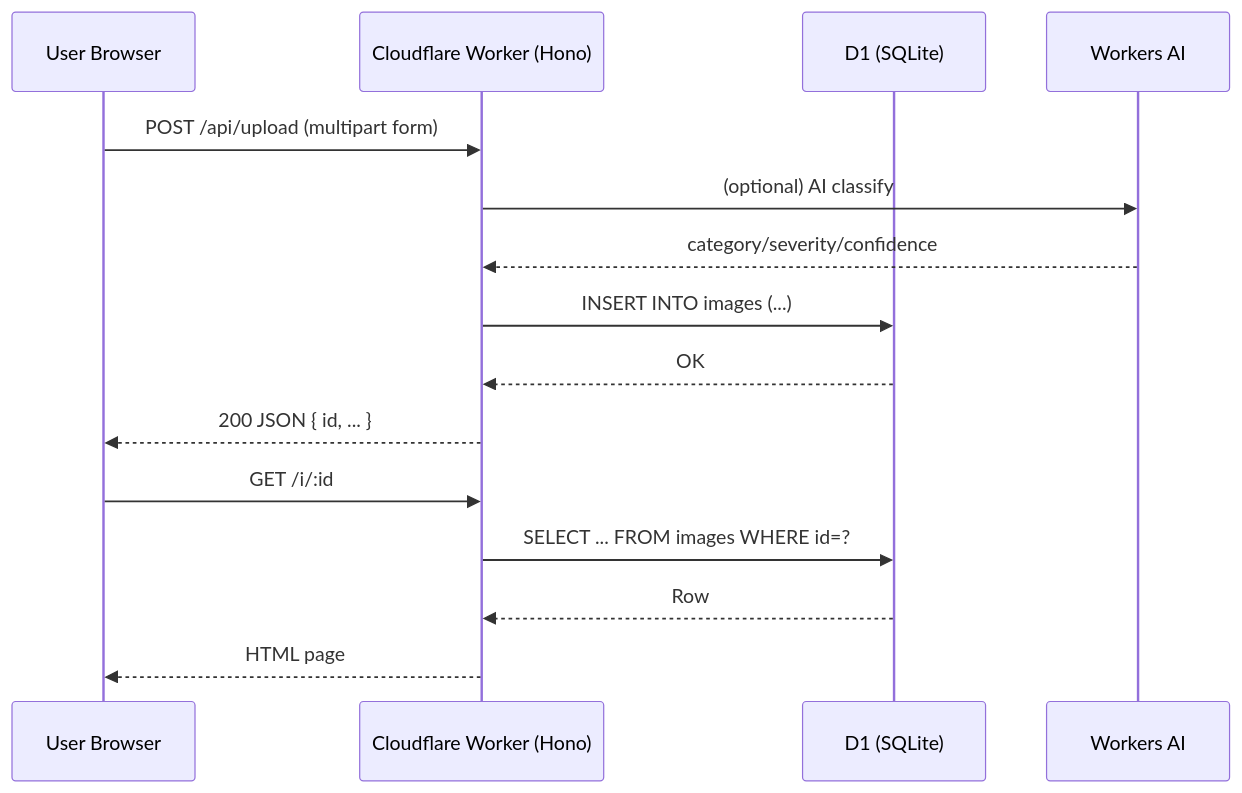
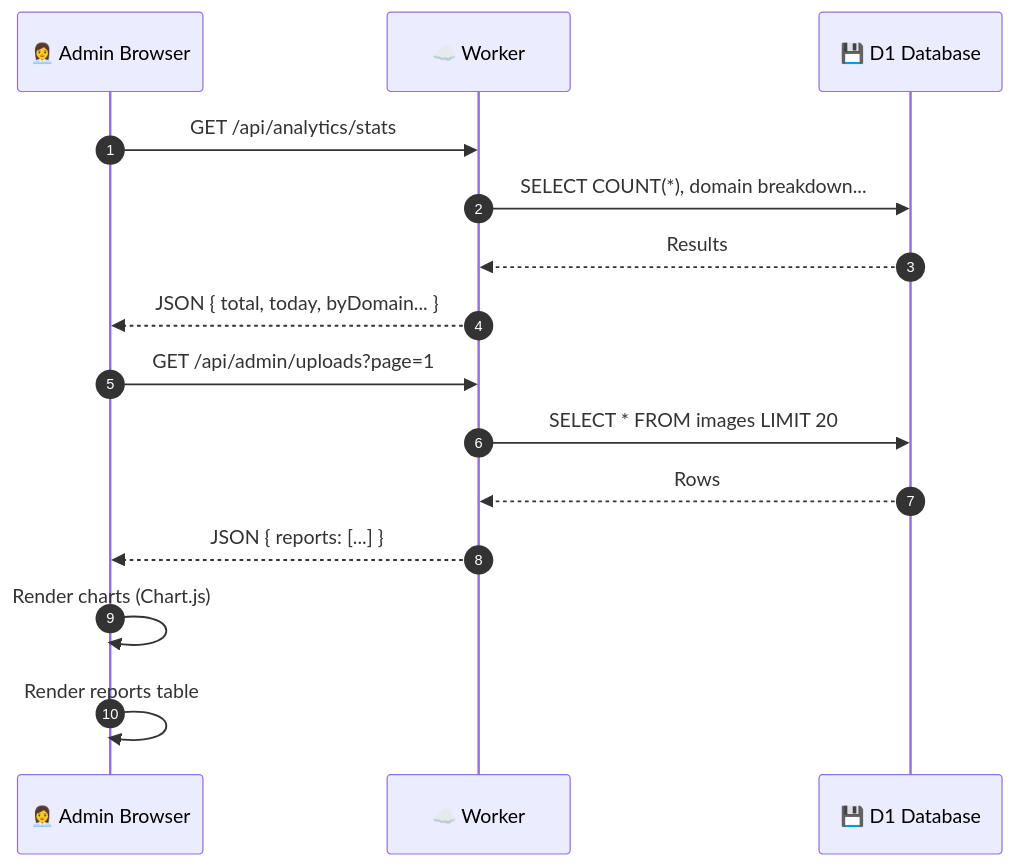
One commit to iamask/city changed the third of 3 diagrams in README.md. Above: the diagram before and after it, drawn with Mermaid. The commit also changed other lines of this file, not shown here.

````diff
--- a/README.md
+++ b/README.md
@@ -77,18 +261,20 @@
 ```mermaid
 sequenceDiagram
-  participant U as User Browser
-  participant W as Cloudflare Worker (Hono)
-  participant D as D1 (SQLite)
-  participant A as Workers AI
+    autonumber
+    participant A as 👩‍💼 Admin Browser
+    participant W as ☁️ Worker
+    participant DB as 💾 D1 Database
 
-  U->>W: POST /api/upload (multipart form)
-  W->>A: (optional) AI classify
-  A-->>W: category/severity/confidence
-  W->>D: INSERT INTO images (...)
-  D-->>W: OK
-  W-->>U: 200 JSON { id, ... }
-  U->>W: GET /i/:id
-  W->>D: SELECT ... FROM images WHERE id=?
-  D-->>W: Row
-  W-->>U: HTML page
+    A->>W: GET /api/analytics/stats
+    W->>DB: SELECT COUNT(*), domain breakdown...
+    DB-->>W: Results
+    W-->>A: JSON { total, today, byDomain... }
+
+    A->>W: GET /api/admin/uploads?page=1
+    W->>DB: SELECT * FROM images LIMIT 20
+    DB-->>W: Rows
+    W-->>A: JSON { reports: [...] }
+
+    A->>A: Render charts (Chart.js)
+    A->>A: Render reports table
 ```
````
